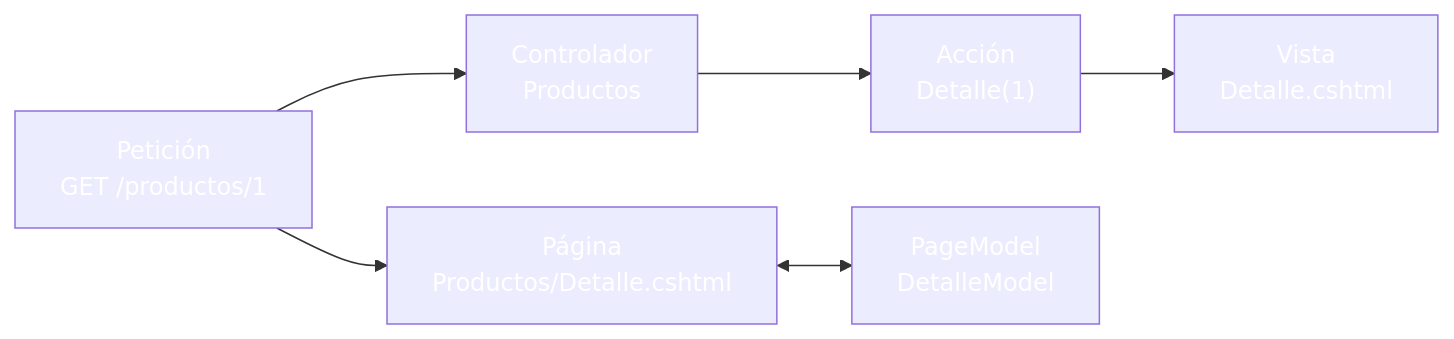
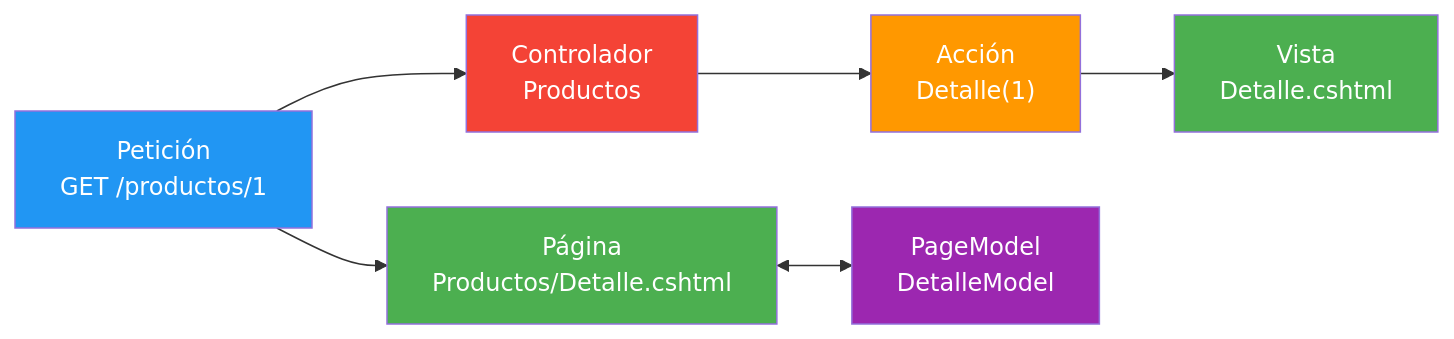
One commit to joseluisgs/DesarrolloWebEntornosServidor-03-2026-2027 changed the first of 4 diagrams in 10-razorpages-fundamentos.md. Above: the diagram before and after it, drawn with Mermaid. The commit also changed other lines of this file and 25 other files, not shown here.

Commit message:
docs: corregir los estilos Mermaid de los temas y alinear el dominio del tema 25 con ProductosApp

````diff
--- a/10-razorpages-fundamentos.md
+++ b/10-razorpages-fundamentos.md
@@ -58,14 +58,14 @@
 ```mermaid
 graph LR
     A["Petición<br/>GET /productos/1"] --> B["Controlador<br/>Productos"]
     B --> C["Acción<br/>Detalle(1)"]
     C --> D["Vista<br/>Detalle.cshtml"]
     A --> E["Página<br/>Productos/Detalle.cshtml"]
     E <--> F["PageModel<br/>DetalleModel"]
-    style A fill:#2196F,color:#fff3,color:#fff
-    style B fill:#f4433,color:#fff6,color:#fff
-    style C fill:#FF980,color:#fff0,color:#fff
-    style D fill:#4CAF5,color:#fff0,color:#fff
-    style E fill:#4CAF5,color:#fff0,color:#fff
-    style F fill:#9C27B,color:#fff0,color:#fff
+    style A fill:#2196F3,color:#fff
+    style B fill:#f44336,color:#fff
+    style C fill:#FF9800,color:#fff
+    style D fill:#4CAF50,color:#fff
+    style E fill:#4CAF50,color:#fff
+    style F fill:#9C27B0,color:#fff
 ```
````
